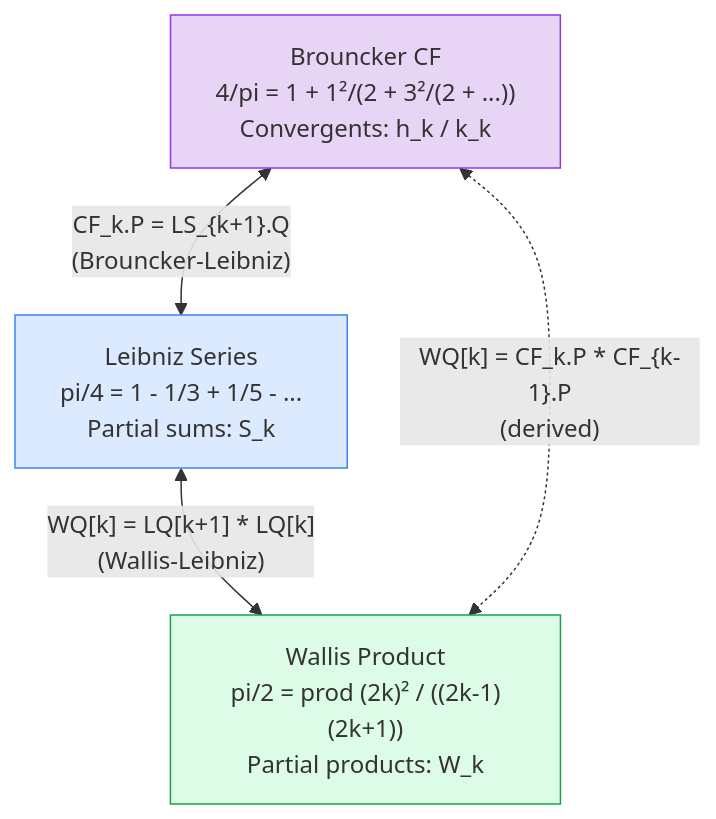
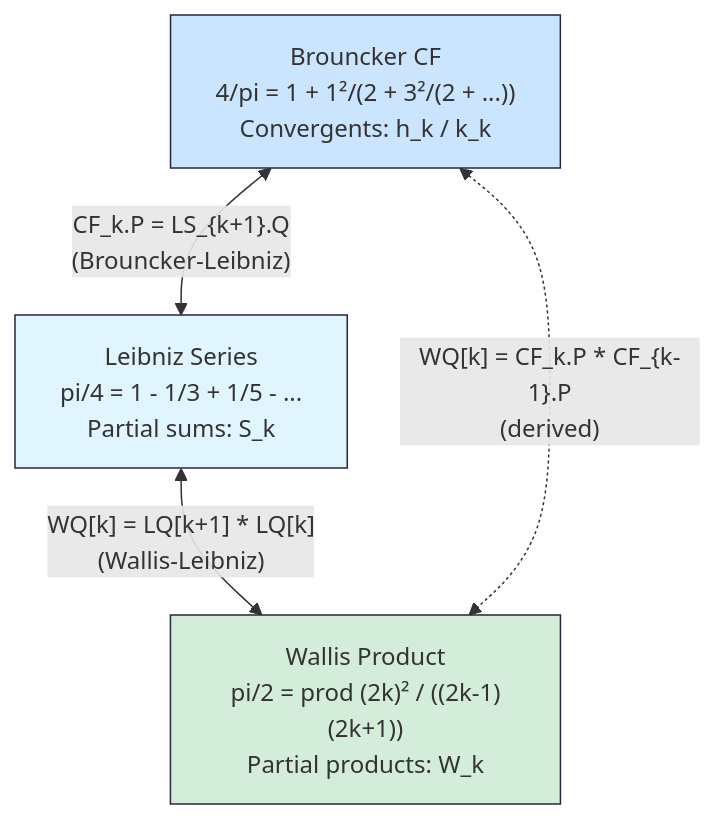
The diagram in tutorial/diagrams/three-way-pi.mmd (jakebromberg/misuse-of-notation), drawn with Mermaid before and after one commit. The commit also changed 11 other files, not shown here.

Commit message:
Style diagrams to match reference: drop shadows, white fills, dark strokes

```diff
--- a/tutorial/diagrams/three-way-pi.mmd
+++ b/tutorial/diagrams/three-way-pi.mmd
@@ -1,12 +1,12 @@
 flowchart TB
     B["Brouncker CF\n4/pi = 1 + 1²/(2 + 3²/(2 + ...))\nConvergents: h_k / k_k"]
     L["Leibniz Series\npi/4 = 1 - 1/3 + 1/5 - ...\nPartial sums: S_k"]
     W["Wallis Product\npi/2 = prod (2k)² / ((2k-1)(2k+1))\nPartial products: W_k"]
 
     B <-- "CF_k.P = LS_{k+1}.Q\n(Brouncker-Leibniz)" --> L
     L <-- "WQ[k] = LQ[k+1] * LQ[k]\n(Wallis-Leibniz)" --> W
     B <-. "WQ[k] = CF_k.P * CF_{k-1}.P\n(derived)" .-> W
 
-    style B fill:#e8d5f5,stroke:#9333ea
-    style L fill:#dbeafe,stroke:#3b82f6
-    style W fill:#dcfce7,stroke:#16a34a
+    style B fill:#cce5ff,stroke:#28253D
+    style L fill:#e1f5ff,stroke:#28253D
+    style W fill:#d4edda,stroke:#28253D
```
